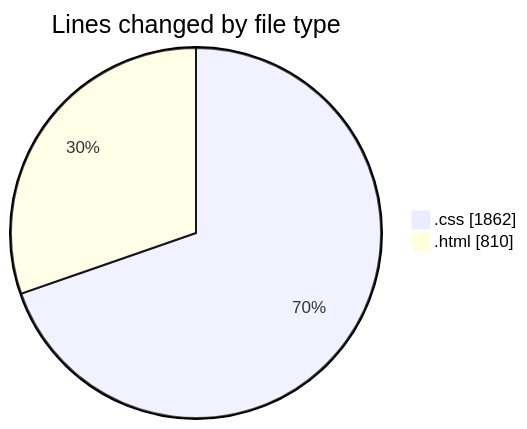
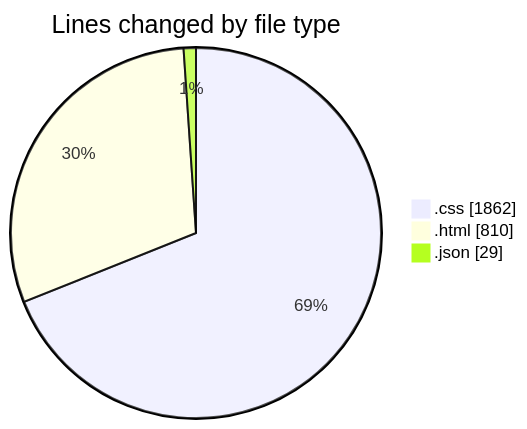
Before and after one commit to igalym/code-tracking: the first of 2 diagrams in 2025-12-30/budget_front_nest/README.md, drawn with Mermaid. The commit also changed other lines of this file and 1 other file, not shown here.

````diff
--- a/2025-12-30/budget_front_nest/README.md
+++ b/2025-12-30/budget_front_nest/README.md
@@ -28,6 +29,7 @@
 ```mermaid
 pie showData
 title Lines changed by file type
 ".css" : 1862
 ".html" : 810
+".json" : 29
 ```
````
